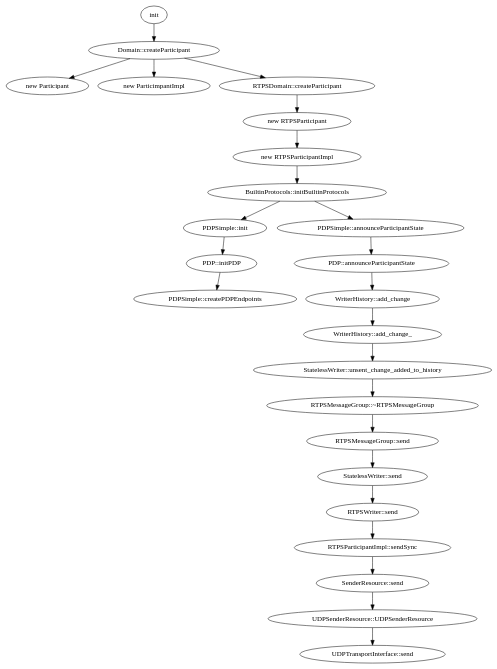
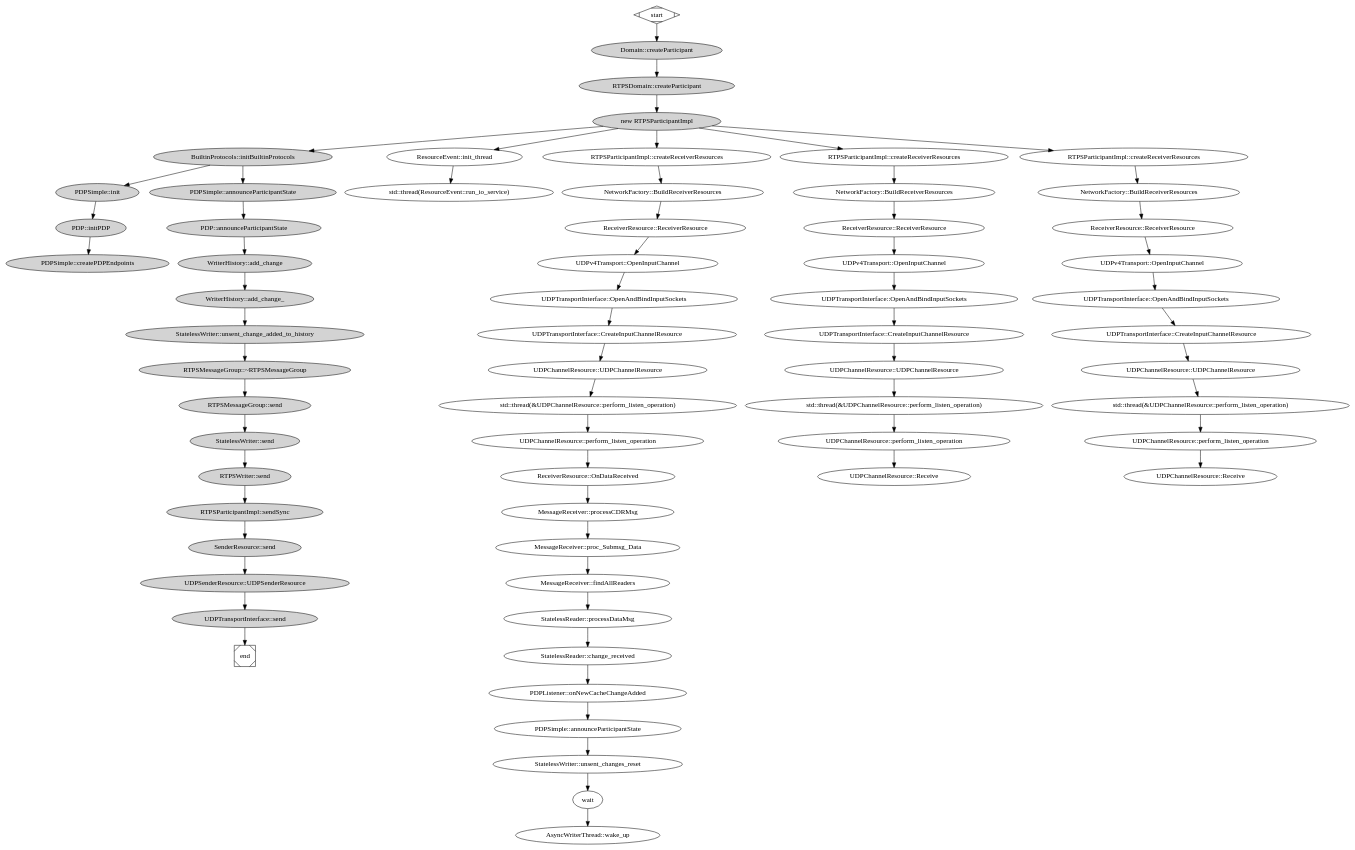
One commit to novelinux/android changed the diagram in iot/rtps/create-participant.dot. Above: the diagram before and after it, drawn with Graphviz. The commit also changed 3 other files, not shown here.

```diff
--- a/iot/rtps/create-participant.dot
+++ b/iot/rtps/create-participant.dot
@@ -1,36 +1,119 @@
-digraph create_participant
-{
-        1[label="Domain::createParticipant"];
-        11[label="new Participant"];
-        12[label="new ParticimpantImpl"];
+digraph createParticipant {
+  subgraph MainThread {
+    node [style=filled];
+    color = lightgrey;
+    label = "thread #1";
 
-        13[label="RTPSDomain::createParticipant"];
-        14[label="new RTPSParticipant"];
-        15[label="new RTPSParticipantImpl"];
+    a1[label="Domain::createParticipant"];
+    a2[label="RTPSDomain::createParticipant"];
 
-        16[label="BuiltinProtocols::initBuiltinProtocols"]
-        17[label="PDPSimple::init"]
-        18[label="PDP::initPDP"]
-        19[label="PDPSimple::createPDPEndpoints"]
+    a3[label="new RTPSParticipantImpl"];
+    a4[label="BuiltinProtocols::initBuiltinProtocols"]
+    a5[label="PDPSimple::init"]
+    a6[label="PDP::initPDP"]
+    a7[label="PDPSimple::createPDPEndpoints"]
 
-        20[label="PDPSimple::announceParticipantState"]
-        21[label="PDP::announceParticipantState"]
-        22[label="WriterHistory::add_change"]
-        23[label="WriterHistory::add_change_"]
-        24[label="StatelessWriter::unsent_change_added_to_history"]
-        25[label="RTPSMessageGroup::~RTPSMessageGroup"]
-        26[label="RTPSMessageGroup::send"]
-        27[label="StatelessWriter::send"]
-        28[label="RTPSWriter::send"]
-        29[label="RTPSParticipantImpl::sendSync"]
-        30[label="SenderResource::send"]
-        31[label="UDPSenderResource::UDPSenderResource"]
-        32[label="UDPTransportInterface::send"]
-        init -> 1;
-        1 -> 11;
-        1 -> 12;
-        1 -> 13;
-        13 -> 14 -> 15;
-        15 -> 16 -> 17 -> 18 -> 19;
-        16 -> 20 -> 21 -> 22 -> 23 -> 24 -> 25 -> 26 -> 27 -> 28 -> 29 -> 30 -> 31 -> 32;
+    a8[label="PDPSimple::announceParticipantState"]
+    a9[label="PDP::announceParticipantState"]
+    a10[label="WriterHistory::add_change"]
+    a11[label="WriterHistory::add_change_"]
+    a12[label="StatelessWriter::unsent_change_added_to_history"]
+    a13[label="RTPSMessageGroup::~RTPSMessageGroup"]
+    a14[label="RTPSMessageGroup::send"]
+    a15[label="StatelessWriter::send"]
+    a16[label="RTPSWriter::send"]
+    a17[label="RTPSParticipantImpl::sendSync"]
+    a18[label="SenderResource::send"]
+    a19[label="UDPSenderResource::UDPSenderResource"]
+    a20[label="UDPTransportInterface::send"]
+    a1 -> a2;
+    a2 -> a3;
+    a3 -> a4 -> a5 -> a6 -> a7;
+    a4 -> a8 -> a9 -> a10 -> a11 -> a12 -> a13 -> a14 -> a15 -> a16 -> a17 -> a18 -> a19 -> a20;
+  }
+
+  subgraph ResourceEventThread {
+    label = "thread #2";
+
+    b1[label="ResourceEvent::init_thread"]
+    b2[label="std::thread(ResourceEvent::run_io_service)"]
+    b1 -> b2;
+  }
+
+  subgraph MulticastResourceReceiverThread {
+    label = "thread #3";
+
+    c1[label="RTPSParticipantImpl::createReceiverResources"]
+    c2[label="NetworkFactory::BuildReceiverResources"]
+    c3[label="ReceiverResource::ReceiverResource"]
+    c4[label="UDPv4Transport::OpenInputChannel"]
+    c5[label="UDPTransportInterface::OpenAndBindInputSockets"]
+    c6[label="UDPTransportInterface::CreateInputChannelResource"]
+    c7[label="UDPChannelResource::UDPChannelResource"]
+    c8[label="std::thread(&UDPChannelResource::perform_listen_operation)"]
+    c9[label="UDPChannelResource::perform_listen_operation"]
+    c10[label="ReceiverResource::OnDataReceived"]
+    c11[label="MessageReceiver::processCDRMsg"]
+    c12[label="MessageReceiver::proc_Submsg_Data"]
+    c13[label="MessageReceiver::findAllReaders"]
+    c14[label="StatelessReader::processDataMsg"]
+    c15[label="StatelessReader::change_received"]
+    c16[label="PDPListener::onNewCacheChangeAdded"]
+    c17[label="PDPSimple::announceParticipantState"]
+    c18[label="StatelessWriter::unsent_changes_reset"]
+
+    wait
+
+    c19[label="AsyncWriterThread::wake_up"]
+
+    c1->c2->c3->c4->c5->c6->c7->c8->c9;
+    c9->c10->c11->c12->c13->c14->c15->c16->c17->c18->wait->c19;
+  }
+
+  subgraph UnicastResourceReceiverThread {
+    label = "thread #4";
+
+    d1[label="RTPSParticipantImpl::createReceiverResources"]
+    d2[label="NetworkFactory::BuildReceiverResources"]
+    d3[label="ReceiverResource::ReceiverResource"]
+    d4[label="UDPv4Transport::OpenInputChannel"]
+    d5[label="UDPTransportInterface::OpenAndBindInputSockets"]
+    d6[label="UDPTransportInterface::CreateInputChannelResource"]
+    d7[label="UDPChannelResource::UDPChannelResource"]
+    d8[label="std::thread(&UDPChannelResource::perform_listen_operation)"]
+    d9[label="UDPChannelResource::perform_listen_operation"]
+    d10[label="UDPChannelResource::Receive"]
+
+    d1->d2->d3->d4->d5->d6->d7->d8->d9->d10;
+  }
+
+  subgraph DefaultUnicastResourceReceiverThread {
+    label = "thread #5";
+
+    e1[label="RTPSParticipantImpl::createReceiverResources"]
+    e2[label="NetworkFactory::BuildReceiverResources"]
+    e3[label="ReceiverResource::ReceiverResource"]
+    e4[label="UDPv4Transport::OpenInputChannel"]
+    e5[label="UDPTransportInterface::OpenAndBindInputSockets"]
+    e6[label="UDPTransportInterface::CreateInputChannelResource"]
+    e7[label="UDPChannelResource::UDPChannelResource"]
+    e8[label="std::thread(&UDPChannelResource::perform_listen_operation)"]
+    e9[label="UDPChannelResource::perform_listen_operation"]
+    e10[label="UDPChannelResource::Receive"]
+
+    e1->e2->e3->e4->e5->e6->e7->e8->e9->e10;
+  }
+
+  subgraph DefaultMulticastResourceReceiverThread {
+  }
+
+  start -> a1;
+  a3 -> b1;
+  a3 -> c1;
+  a3 -> d1;
+  a3 -> e1;
+  a20 -> end;
+
+  start [shape=Mdiamond];
+  end [shape=Msquare];
 }
```
